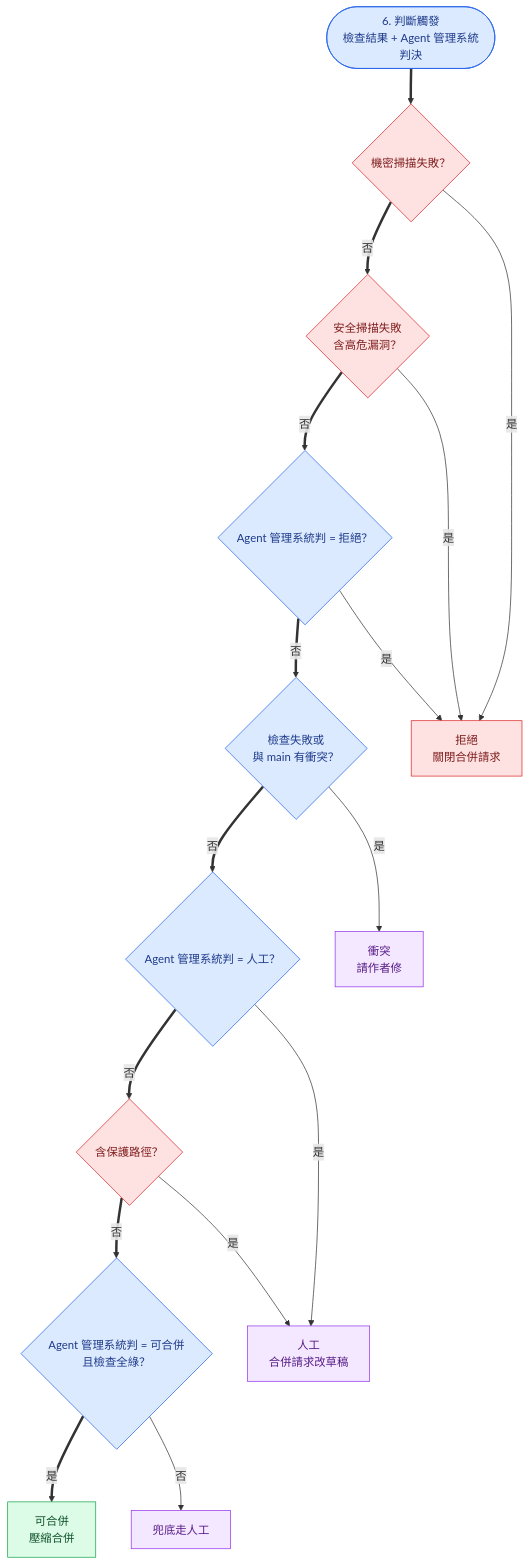
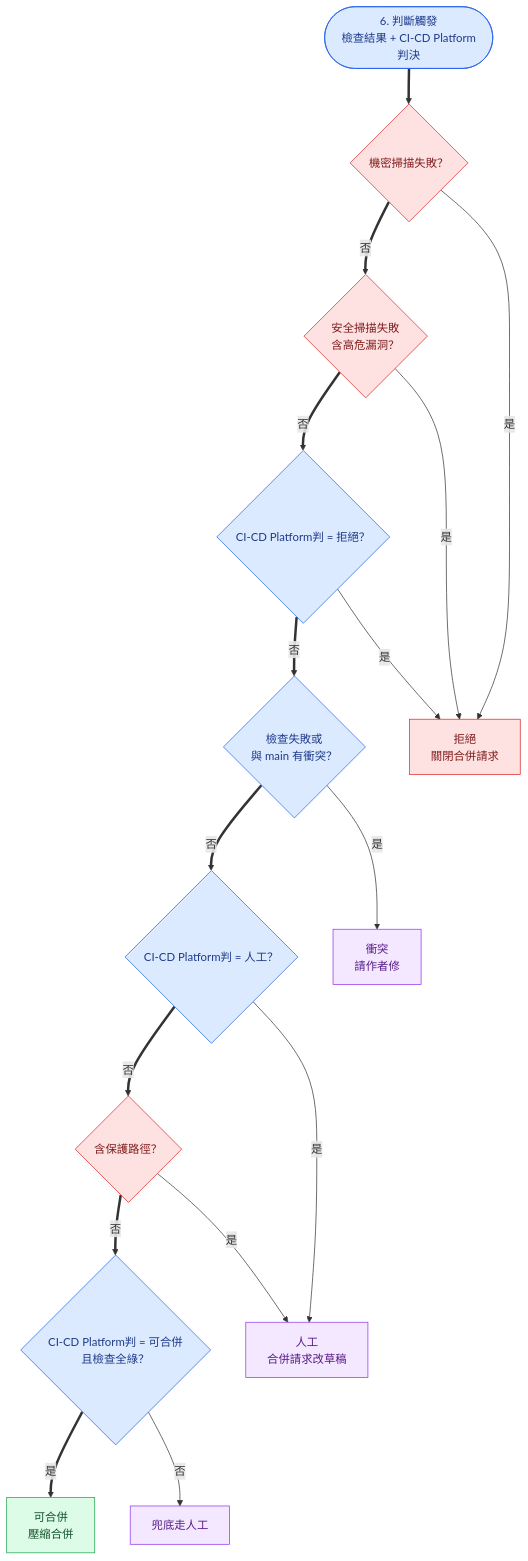
The third of 4 diagrams in Architecture/Auto-CI-CD/workflow-v1.1/workflow-v1.1.md (Jiaye-DF/AI-Spec), drawn with Mermaid before and after one commit. The commit also changed other lines of this file and 3 other files, not shown here.

````diff
--- a/Architecture/Auto-CI-CD/workflow-v1.1/workflow-v1.1.md
+++ b/Architecture/Auto-CI-CD/workflow-v1.1/workflow-v1.1.md
@@ -367,41 +367,41 @@
 ```mermaid
 %%{init: {'flowchart': {'htmlLabels': true, 'curve': 'basis'}} }%%
 flowchart TB
-  Start([6. 判斷觸發<br>檢查結果 + Agent 管理系統判決]):::it
+  Start([6. 判斷觸發<br>檢查結果 + CI-CD Platform判決]):::it
 
   Q1{機密掃描失敗？}:::critical
   Q2{安全掃描失敗<br>含高危漏洞？}:::critical
-  Q3{Agent 管理系統判 = 拒絕？}:::it
+  Q3{CI-CD Platform判 = 拒絕？}:::it
   Q4{檢查失敗或<br>與 main 有衝突？}:::it
-  Q5{Agent 管理系統判 = 人工？}:::it
+  Q5{CI-CD Platform判 = 人工？}:::it
   Q6{含保護路徑？}:::critical
-  Q7{Agent 管理系統判 = 可合併<br>且檢查全綠？}:::it
+  Q7{CI-CD Platform判 = 可合併<br>且檢查全綠？}:::it
 
   Reject[拒絕<br>關閉合併請求]:::critical
   Conflict[衝突<br>請作者修]:::shared
   Manual[人工<br>合併請求改草稿]:::shared
   Mergeable[可合併<br>壓縮合併]:::user
   Fallback[兜底走人工]:::shared
 
   Start ==> Q1
   Q1 ==>|否| Q2
   Q2 ==>|否| Q3
   Q3 ==>|否| Q4
   Q4 ==>|否| Q5
   Q5 ==>|否| Q6
   Q6 ==>|否| Q7
   Q7 ==>|是| Mergeable
 
   Q1 -->|是| Reject
   Q2 -->|是| Reject
   Q3 -->|是| Reject
   Q4 -->|是| Conflict
   Q5 -->|是| Manual
   Q6 -->|是| Manual
   Q7 -->|否| Fallback
 
   classDef user fill:#dcfce7,stroke:#16a34a,color:#14532d
   classDef it fill:#dbeafe,stroke:#2563eb,color:#1e3a8a
   classDef shared fill:#f3e8ff,stroke:#9333ea,color:#581c87
   classDef critical fill:#fee2e2,stroke:#dc2626,color:#7f1d1d
 ```
````
